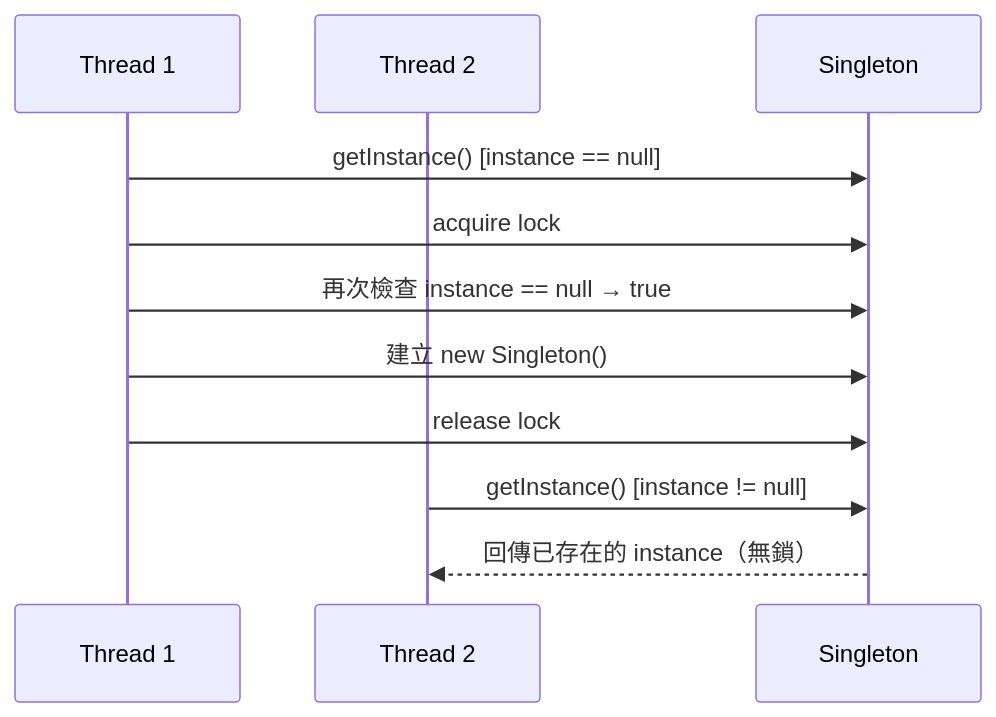
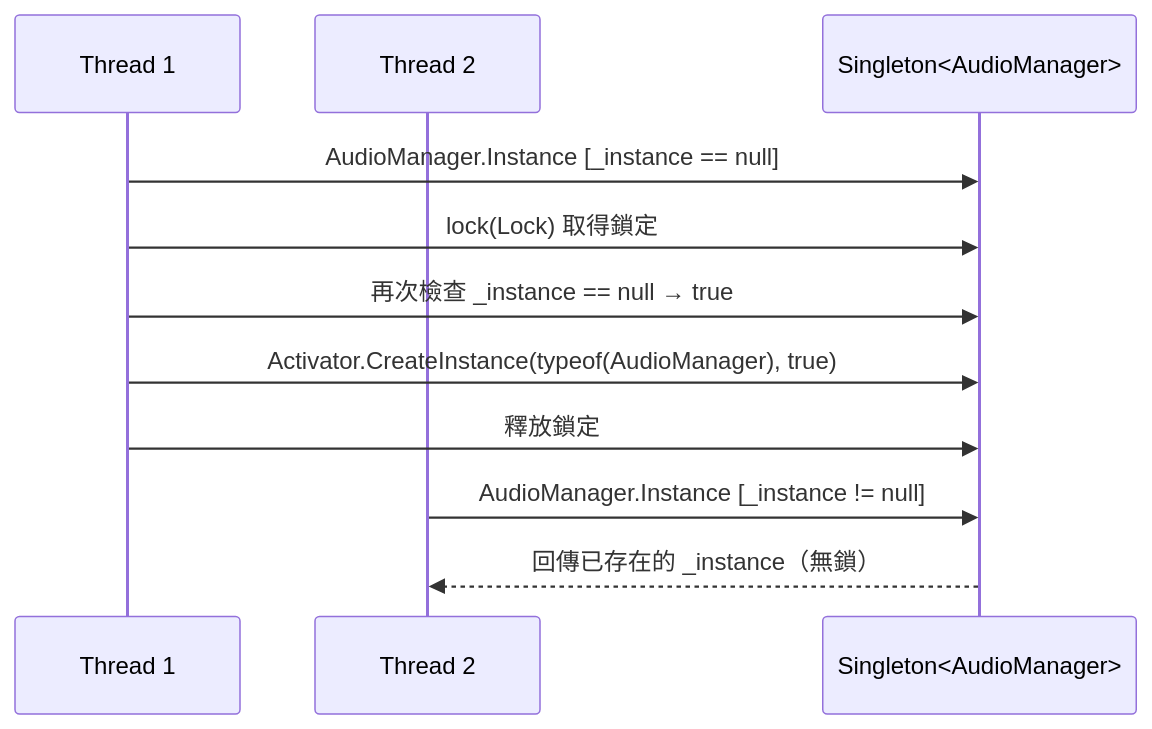
One commit to JoJorge/library changed the second of 4 diagrams in .kiro/specs/singleton-pattern/design.md. Above: the diagram before and after it, drawn with Mermaid. The commit also changed other lines of this file and 1 other file, not shown here.

Commit message:
update singleton specs

````diff
--- a/.kiro/specs/singleton-pattern/design.md
+++ b/.kiro/specs/singleton-pattern/design.md
@@ -142,15 +243,15 @@
 ```mermaid
 sequenceDiagram
     participant T1 as Thread 1
     participant T2 as Thread 2
-    participant S as Singleton
+    participant S as Singleton<AudioManager>
 
-    T1->>S: getInstance() [instance == null]
-    T1->>S: acquire lock
-    T1->>S: 再次檢查 instance == null → true
-    T1->>S: 建立 new Singleton()
-    T1->>S: release lock
+    T1->>S: AudioManager.Instance [_instance == null]
+    T1->>S: lock(Lock) 取得鎖定
+    T1->>S: 再次檢查 _instance == null → true
+    T1->>S: Activator.CreateInstance(typeof(AudioManager), true)
+    T1->>S: 釋放鎖定
 
-    T2->>S: getInstance() [instance != null]
-    S-->>T2: 回傳已存在的 instance（無鎖）
+    T2->>S: AudioManager.Instance [_instance != null]
+    S-->>T2: 回傳已存在的 _instance（無鎖）
 ```
````
